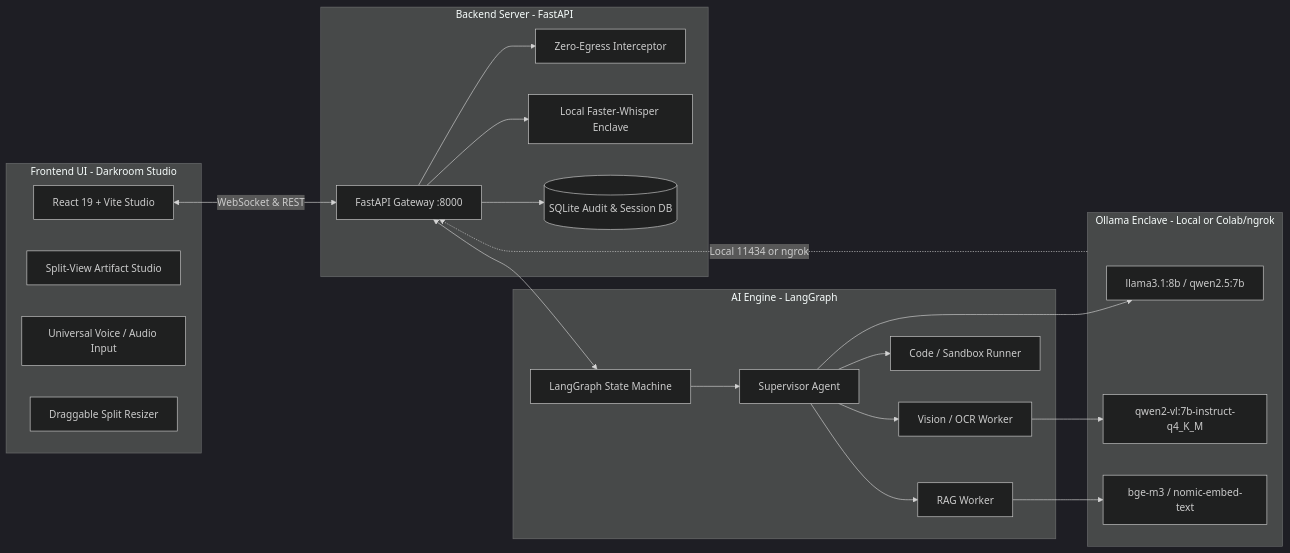
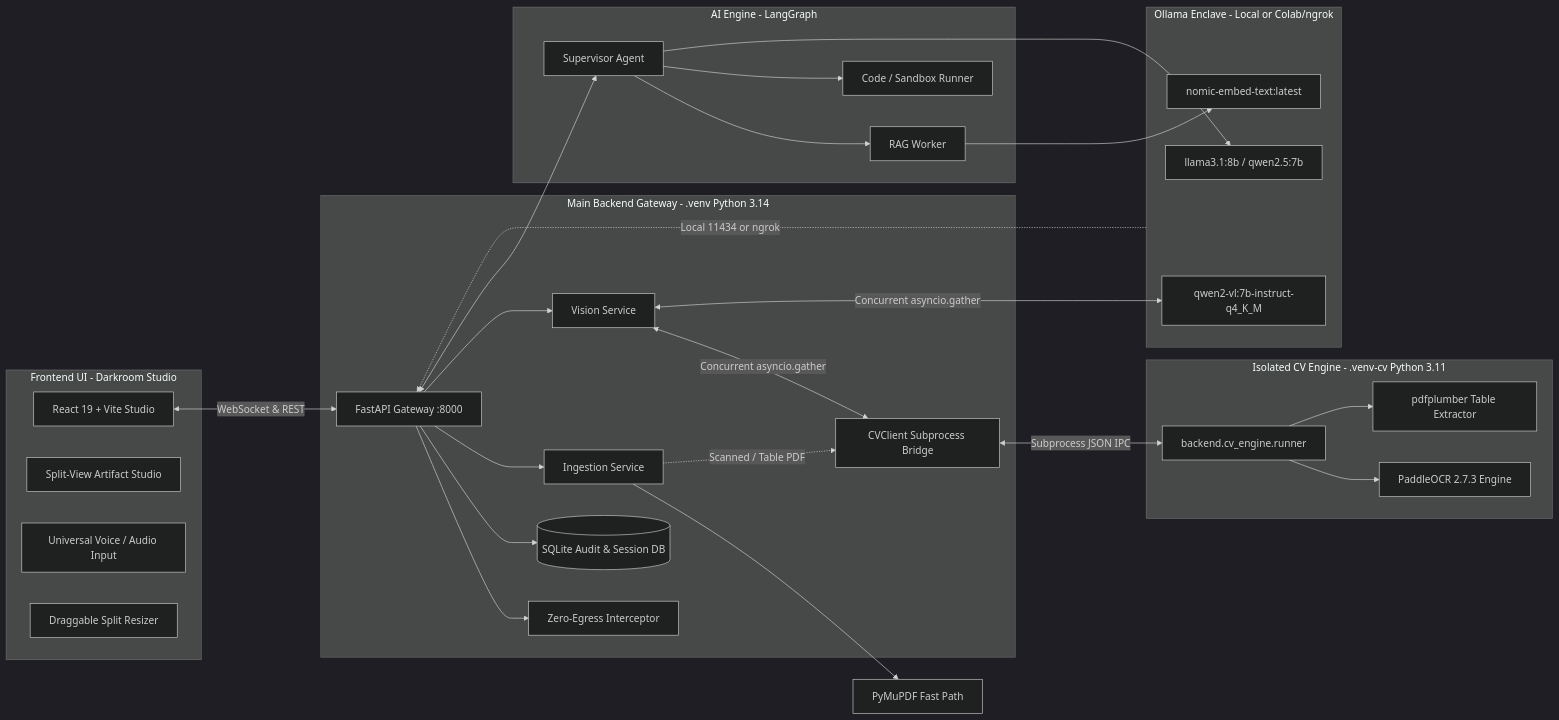
The diagram in README.md (Arsh-03/SIH_26_WORKBENCH_AI), drawn with Mermaid (dark theme) before and after one commit. The commit also changed other lines of this file and 11 other files, not shown here.

````diff
--- a/README.md
+++ b/README.md
@@ -11,44 +11,55 @@
 ```mermaid
 graph LR
     subgraph Client [Frontend UI - Darkroom Studio]
         React[React 19 + Vite Studio]
         Artifact[Split-View Artifact Studio]
         Voice[Universal Voice / Audio Input]
         Resizer[Draggable Split Resizer]
     end
 
-    subgraph Gateway [Backend Server - FastAPI]
+    subgraph Gateway [Main Backend Gateway - .venv Python 3.14]
         FastAPI[FastAPI Gateway :8000]
         ZeroEgress[Zero-Egress Interceptor]
-        Whisper[Local Faster-Whisper Enclave]
+        Ingestion[Ingestion Service]
+        VisionSvc[Vision Service]
+        CVClient[CVClient Subprocess Bridge]
         DB[(SQLite Audit & Session DB)]
     end
 
+    subgraph CVWorker [Isolated CV Engine - .venv-cv Python 3.11]
+        Runner[backend.cv_engine.runner]
+        PaddleOCR[PaddleOCR 2.7.3 Engine]
+        PDFPlumber[pdfplumber Table Extractor]
+    end
+
     subgraph Intelligence [AI Engine - LangGraph]
-        LangGraph[LangGraph State Machine]
         Supervisor[Supervisor Agent]
         RAG[RAG Worker]
         Sandbox[Code / Sandbox Runner]
-        Vision[Vision / OCR Worker]
     end
 
     subgraph Inference [Ollama Enclave - Local or Colab/ngrok]
         LLM[llama3.1:8b / qwen2.5:7b]
         VLM[qwen2-vl:7b-instruct-q4_K_M]
-        Embeddings[bge-m3 / nomic-embed-text]
+        Embeddings[nomic-embed-text:latest]
     end
 
     React <-->|WebSocket & REST| FastAPI
     FastAPI --> ZeroEgress
-    FastAPI --> Whisper
     FastAPI --> DB
-    FastAPI <--> LangGraph
-    LangGraph --> Supervisor
+    FastAPI --> Ingestion
+    FastAPI --> VisionSvc
+    Ingestion --> PyMuPDF[PyMuPDF Fast Path]
+    Ingestion -.->|Scanned / Table PDF| CVClient
+    VisionSvc <-->|Concurrent asyncio.gather| CVClient
+    VisionSvc <-->|Concurrent asyncio.gather| VLM
+    CVClient <-->|Subprocess JSON IPC| Runner
+    Runner --> PaddleOCR
+    Runner --> PDFPlumber
+    FastAPI <--> Supervisor
     Supervisor --> RAG
     Supervisor --> Sandbox
-    Supervisor --> Vision
     RAG --> Embeddings
     Supervisor --> LLM
-    Vision --> VLM
     Inference -.->|Local 11434 or ngrok| FastAPI
 ```
````
